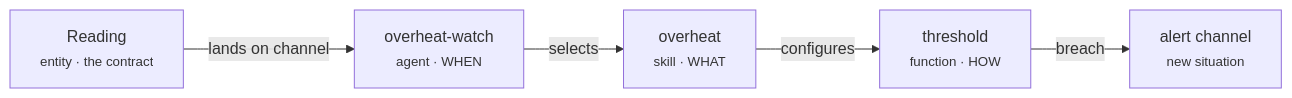
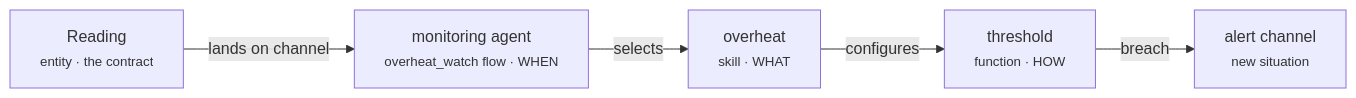
Before and after one commit to plasmash/docs: the diagram in docs/tutorials/first-platform.md, drawn with Mermaid. The commit also changed other lines of this file and 6 other files, not shown here.

````diff
--- a/docs/tutorials/first-platform.md
+++ b/docs/tutorials/first-platform.md
@@ -12,7 +12,7 @@
 ```mermaid
 flowchart LR
-  R["Reading<br/><small>entity · the contract</small>"] -->|lands on channel| AG["overheat-watch<br/><small>agent · WHEN</small>"]
+  R["Reading<br/><small>entity · the contract</small>"] -->|lands on channel| AG["monitoring agent<br/><small>overheat_watch flow · WHEN</small>"]
   AG -->|selects| SK["overheat<br/><small>skill · WHAT</small>"]
   SK -->|configures| FN["threshold<br/><small>function · HOW</small>"]
   FN -->|breach| OUT["alert channel<br/><small>new situation</small>"]
 ```
````
